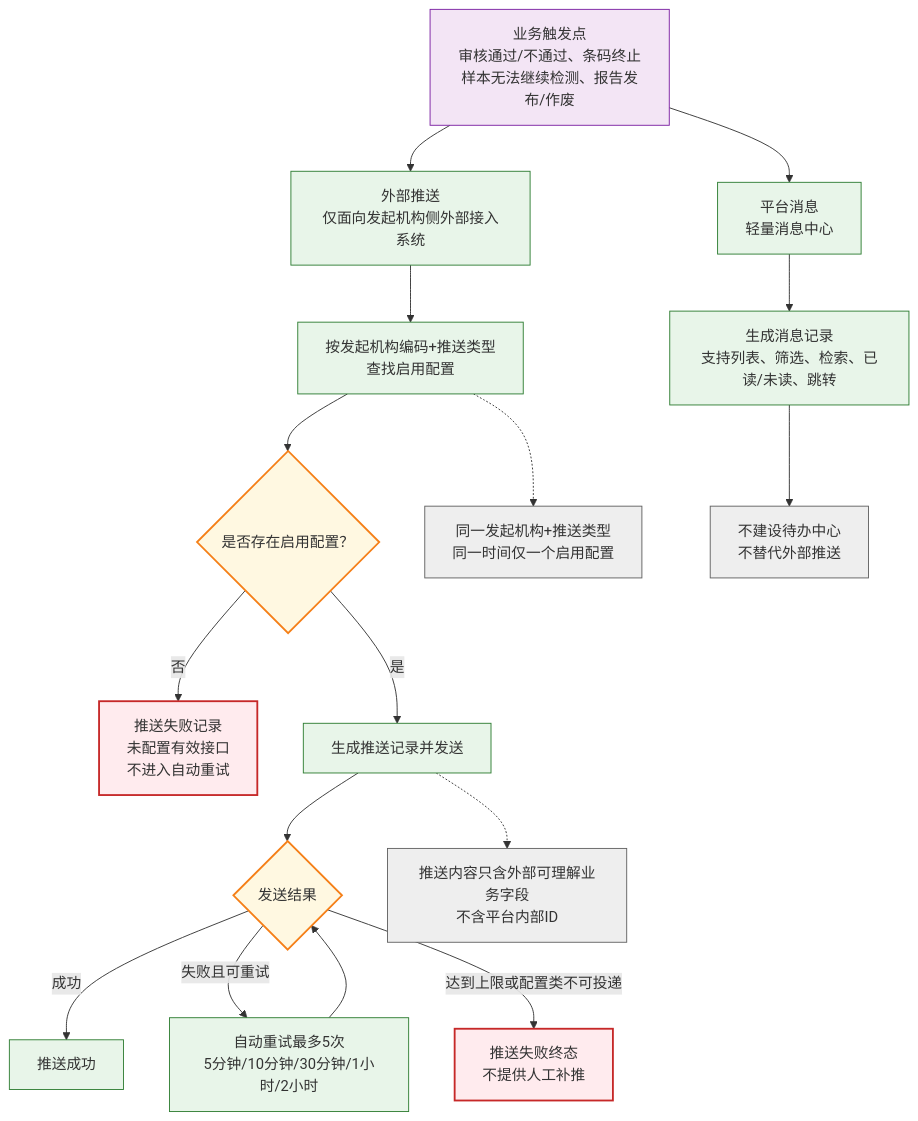
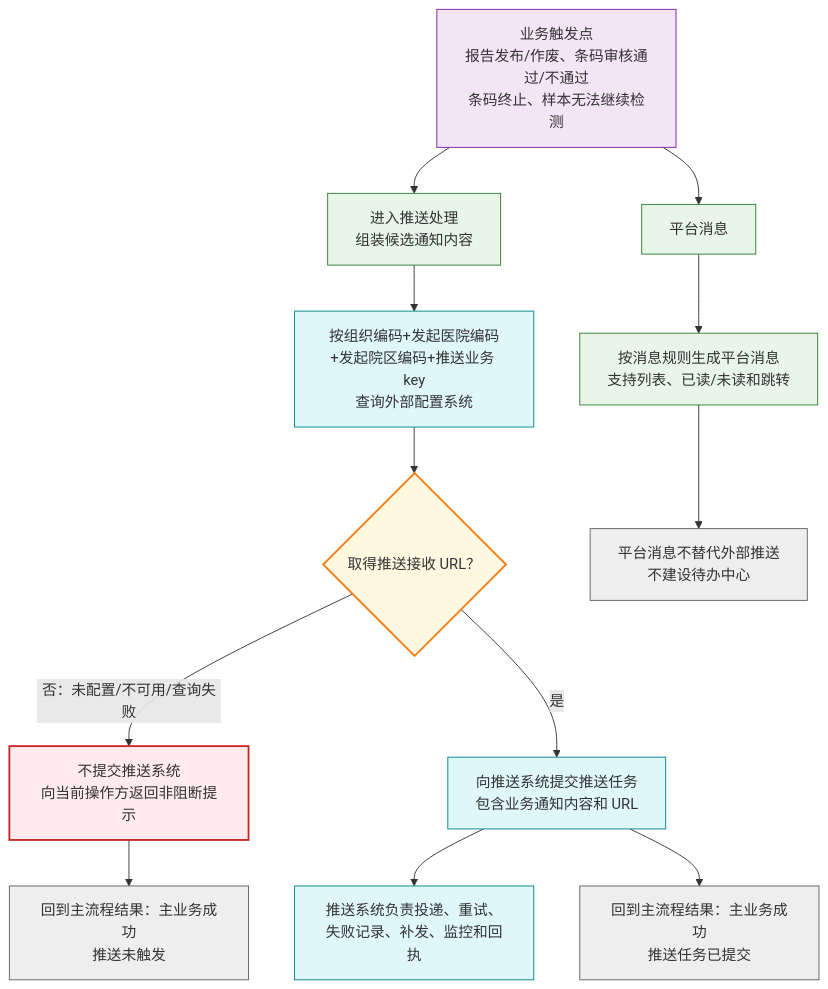
The sixth of 8 diagrams in 协同平台/政策文档/版本7/需求规约 - 检验中心协同平台.md (taskMain/Lis), drawn with Mermaid before and after one commit. The commit also changed other lines of this file and 2 other files, not shown here.

Commit message:
docs(PRD): 重构流程图整合版文档，提取条码流转主流程并补充子流程与规则说明，提升可读性与维护性

````diff
--- a/协同平台/政策文档/版本7/需求规约 - 检验中心协同平台.md
+++ b/协同平台/政策文档/版本7/需求规约 - 检验中心协同平台.md
@@ -1200,27 +1261,25 @@
 ```mermaid
 flowchart TD
     classDef trigger fill:#f3e5f5,stroke:#7b1fa2,stroke-width:1px
     classDef process fill:#e8f5e9,stroke:#2e7d32,stroke-width:1px
     classDef decision fill:#fff8e1,stroke:#f57f17,stroke-width:2px
     classDef terminal fill:#ffebee,stroke:#c62828,stroke-width:2px
+    classDef external fill:#e0f7fa,stroke:#00838f,stroke-width:1px
     classDef note fill:#eeeeee,stroke:#616161,stroke-width:1px
 
-    T["业务触发点<br>审核通过/不通过、条码终止<br>样本无法继续检测、报告发布/作废"]:::trigger
+    T["业务触发点<br>报告发布/作废、条码审核通过/不通过<br>条码终止、样本无法继续检测"]:::trigger
 
-    T --> P0["外部推送<br>仅面向发起机构侧外部接入系统"]:::process
-    P0 --> P1["按发起机构编码+推送类型<br>查找启用配置"]:::process
-    P1 --> P2{"是否存在启用配置？"}:::decision
-    P2 -->|"否"| P3["推送失败记录<br>未配置有效接口<br>不进入自动重试"]:::terminal
-    P2 -->|"是"| P4["生成推送记录并发送"]:::process
-    P4 --> P5{"发送结果"}:::decision
-    P5 -->|"成功"| P6["推送成功"]:::process
-    P5 -->|"失败且可重试"| P7["自动重试最多5次<br>5分钟/10分钟/30分钟/1小时/2小时"]:::process
-    P7 --> P5
-    P5 -->|"达到上限或配置类不可投递"| P8["推送失败终态<br>不提供人工补推"]:::terminal
-    P4 -.-> P9["推送内容只含外部可理解业务字段<br>不含平台内部ID"]:::note
-    P1 -.-> P10["同一发起机构+推送类型<br>同一时间仅一个启用配置"]:::note
+    T --> P0["进入推送处理<br>组装候选通知内容"]:::process
+    P0 --> P1["按组织编码+发起医院编码+发起院区编码+推送业务 key<br>查询外部配置系统"]:::external
+    P1 --> P2{"取得推送接收 URL？"}:::decision
+    P2 -->|"否：未配置/不可用/查询失败"| P3["不提交推送系统<br>向当前操作方返回非阻断提示"]:::terminal
+    P2 -->|"是"| P4["向推送系统提交推送任务<br>包含业务通知内容和 URL"]:::external
+    P4 --> P5["推送系统负责投递、重试、失败记录、补发、监控和回执"]:::external
 
-    T --> M0["平台消息<br>轻量消息中心"]:::process
-    M0 --> M1["生成消息记录<br>支持列表、筛选、检索、已读/未读、跳转"]:::process
-    M1 --> M2["不建设待办中心<br>不替代外部推送"]:::note
+    T --> M0["平台消息"]:::process
+    M0 --> M1["按消息规则生成平台消息<br>支持列表、已读/未读和跳转"]:::process
+
+    P3 --> R["回到主流程结果：主业务成功<br>推送未触发"]:::note
+    P4 --> R2["回到主流程结果：主业务成功<br>推送任务已提交"]:::note
+    M1 --> R3["平台消息不替代外部推送<br>不建设待办中心"]:::note
 ```
````
